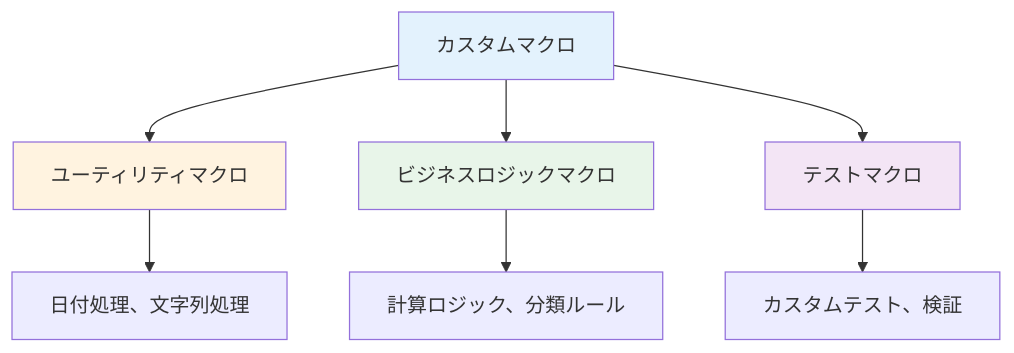
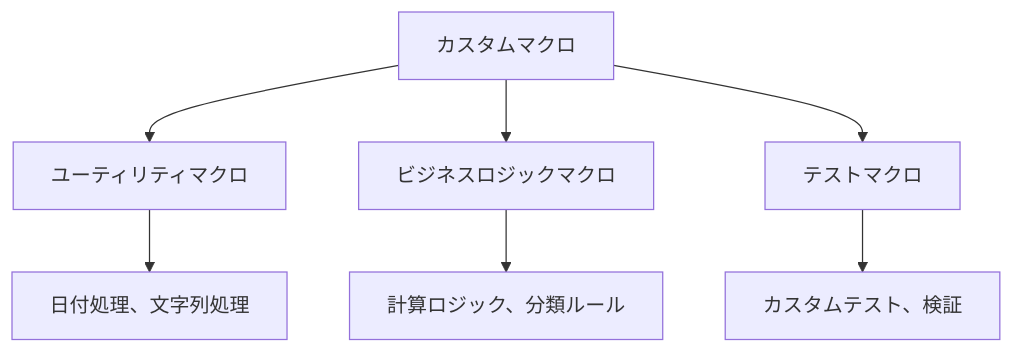
Before and after one commit to 1210yuichi0/1210yuichi0.github.io: the sixth of 11 diagrams in content/Tech/dbt/categories/other-config.md, drawn with Mermaid. The commit also changed other lines of this file and 22 other files, not shown here.

First line of the commit message:
style: remove Mermaid style directives for dark mode compatibility

````diff
--- a/content/Tech/dbt/categories/other-config.md
+++ b/content/Tech/dbt/categories/other-config.md
@@ -946,15 +927,11 @@
 ```mermaid
 graph TB
     A[カスタムマクロ] --> B[ユーティリティマクロ]
     A --> C[ビジネスロジックマクロ]
     A --> D[テストマクロ]
 
     B --> E[日付処理、文字列処理]
     C --> F[計算ロジック、分類ルール]
     D --> G[カスタムテスト、検証]
 
-    style A fill:#e3f2fd
-    style B fill:#fff3e0
-    style C fill:#e8f5e9
-    style D fill:#f3e5f5
 ```
````
